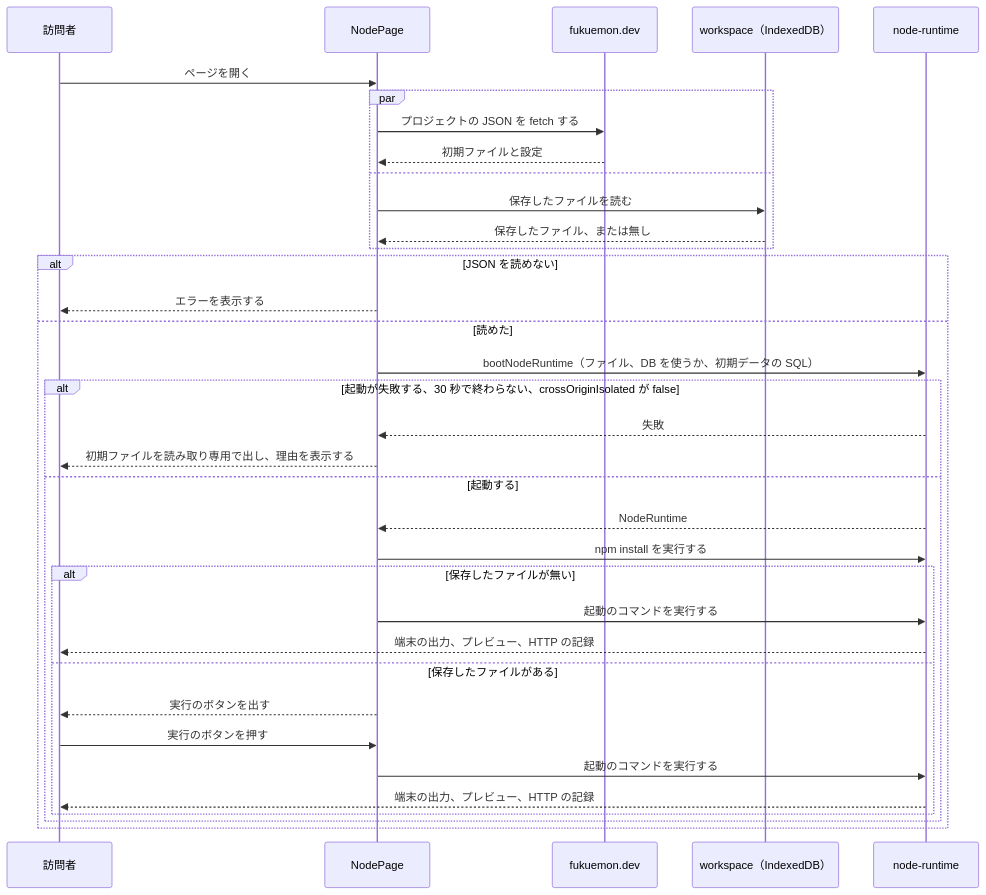
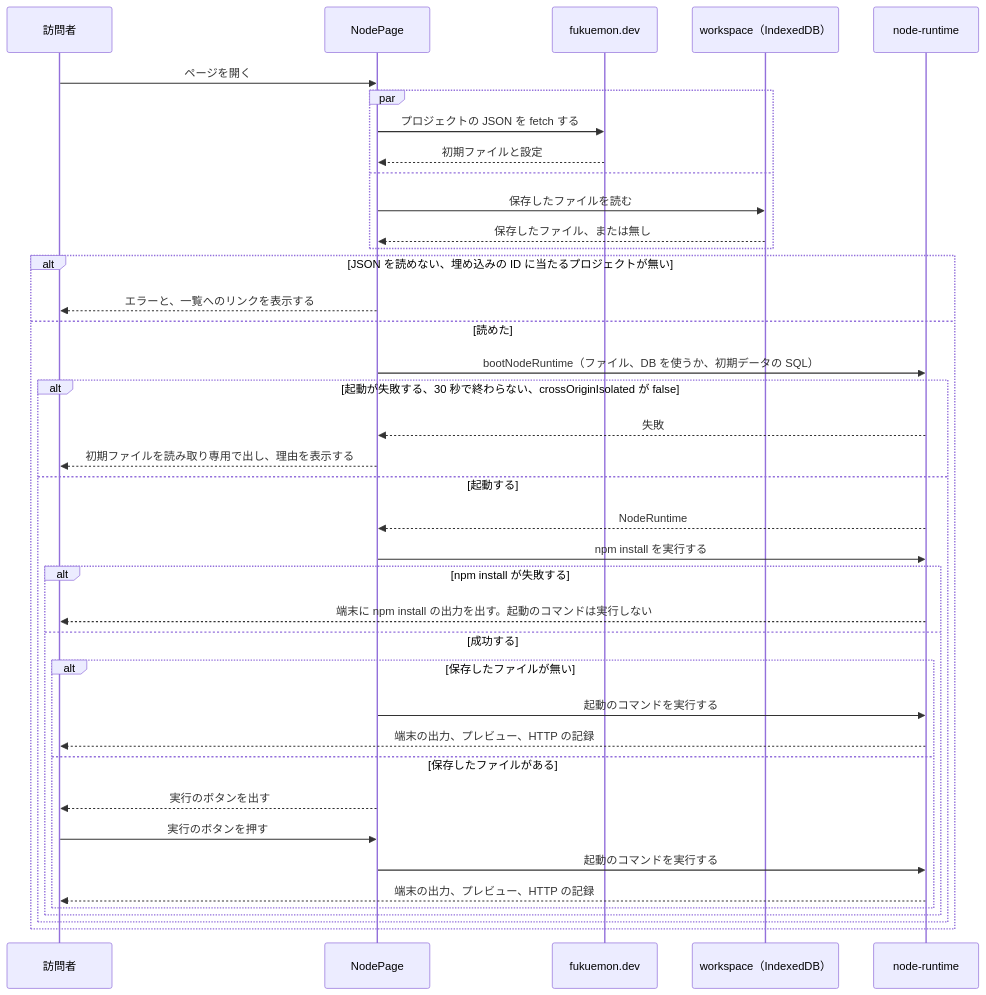
One commit to Fukuemon/fukuemon.dev changed the third of 3 diagrams in design/features/playground/DesignDoc.md. Above: the diagram before and after it, drawn with Mermaid. The commit also changed other lines of this file and 11 other files, not shown here.

First line of the commit message:
docs(adr): architecture と文章のレビューの指摘を、ADR と Design Doc に反映する #93

````diff
--- a/design/features/playground/DesignDoc.md
+++ b/design/features/playground/DesignDoc.md
@@ -311,38 +380,42 @@
 ```mermaid
 sequenceDiagram
   participant V as 訪問者
   participant P as NodePage
   participant W as fukuemon.dev
   participant S as workspace（IndexedDB）
   participant R as node-runtime
 
   V->>P: ページを開く
   par
     P->>W: プロジェクトの JSON を fetch する
     W-->>P: 初期ファイルと設定
   and
     P->>S: 保存したファイルを読む
     S-->>P: 保存したファイル、または無し
   end
-  alt JSON を読めない
-    P-->>V: エラーを表示する
+  alt JSON を読めない、埋め込みの ID に当たるプロジェクトが無い
+    P-->>V: エラーと、一覧へのリンクを表示する
   else 読めた
     P->>R: bootNodeRuntime（ファイル、DB を使うか、初期データの SQL）
     alt 起動が失敗する、30 秒で終わらない、crossOriginIsolated が false
       R-->>P: 失敗
       P-->>V: 初期ファイルを読み取り専用で出し、理由を表示する
     else 起動する
       R-->>P: NodeRuntime
       P->>R: npm install を実行する
-      alt 保存したファイルが無い
-        P->>R: 起動のコマンドを実行する
-        R-->>V: 端末の出力、プレビュー、HTTP の記録
-      else 保存したファイルがある
-        P-->>V: 実行のボタンを出す
-        V->>P: 実行のボタンを押す
-        P->>R: 起動のコマンドを実行する
-        R-->>V: 端末の出力、プレビュー、HTTP の記録
+      alt npm install が失敗する
+        R-->>V: 端末に npm install の出力を出す。起動のコマンドは実行しない
+      else 成功する
+        alt 保存したファイルが無い
+          P->>R: 起動のコマンドを実行する
+          R-->>V: 端末の出力、プレビュー、HTTP の記録
+        else 保存したファイルがある
+          P-->>V: 実行のボタンを出す
+          V->>P: 実行のボタンを押す
+          P->>R: 起動のコマンドを実行する
+          R-->>V: 端末の出力、プレビュー、HTTP の記録
+        end
       end
     end
   end
 ```
````
